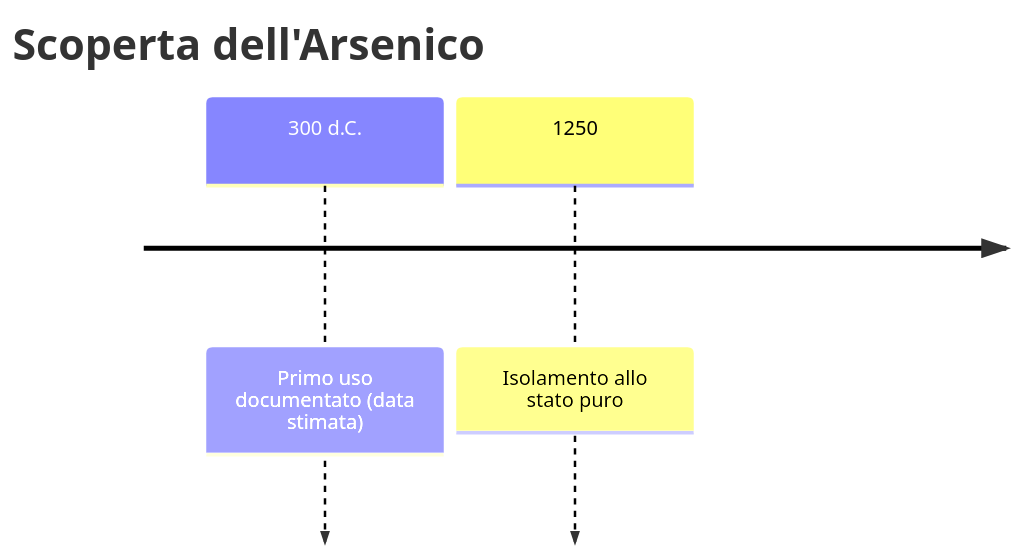
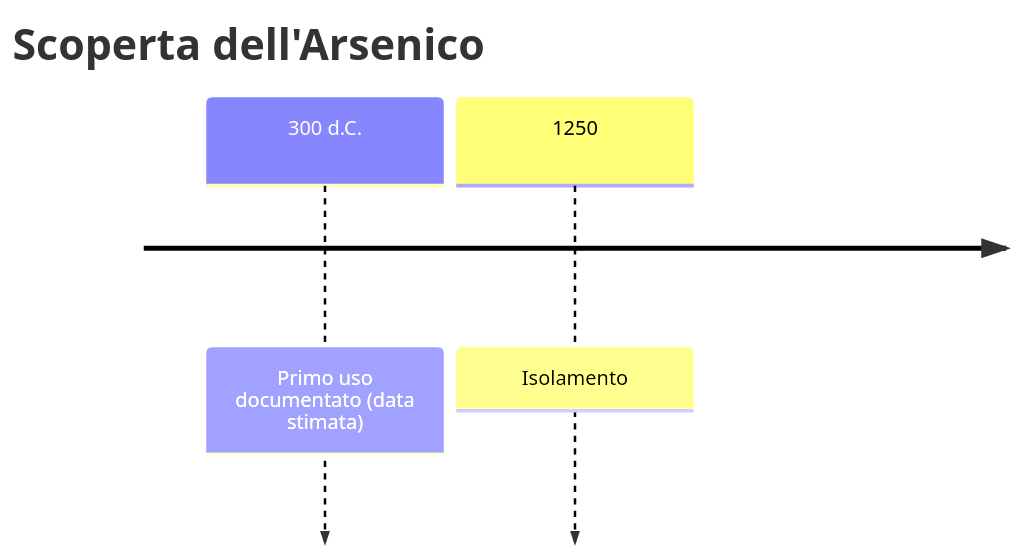
One commit to gianlucaciarcelluti/elements-caos changed the first of 3 diagrams in vault/Elementi/Arsenico.md. Above: the diagram before and after it, drawn with Mermaid. The commit also changed 56 other files, not shown here.

````diff
--- a/vault/Elementi/Arsenico.md
+++ b/vault/Elementi/Arsenico.md
@@ -28,6 +28,6 @@
 ```mermaid
 timeline
     title Scoperta dell'Arsenico
     300 d.C. : Primo uso documentato (data stimata)
-    1250 : Isolamento allo stato puro
+    1250 : Isolamento
 ```
````
